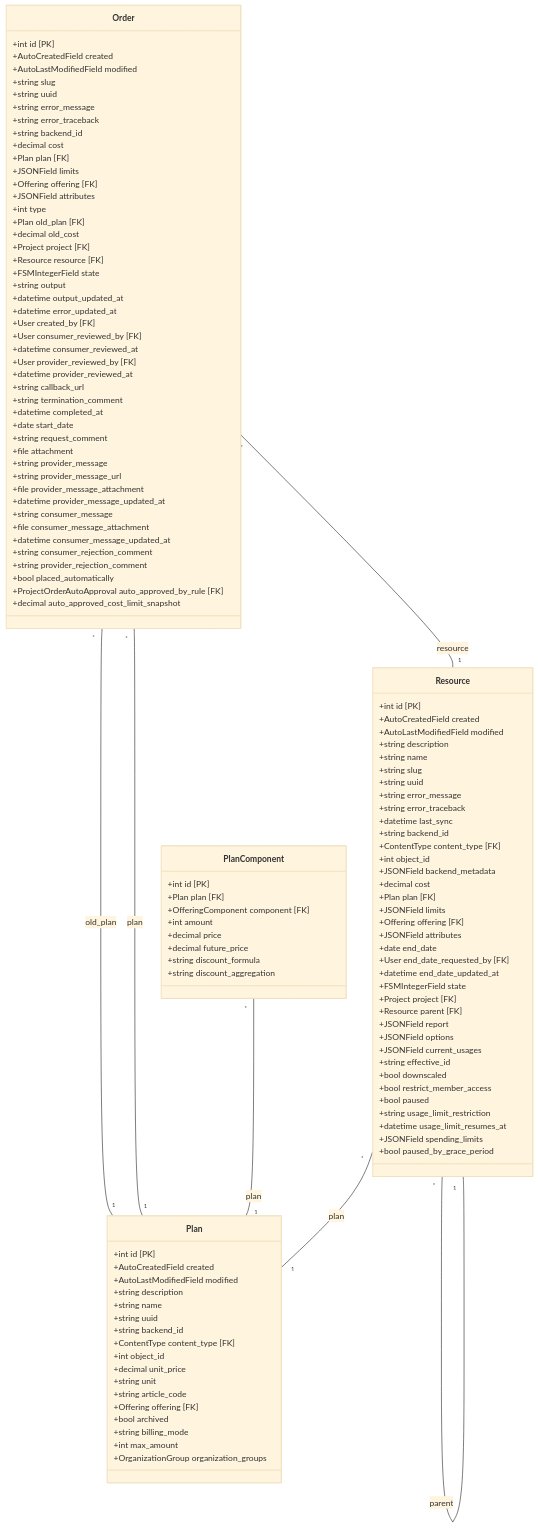
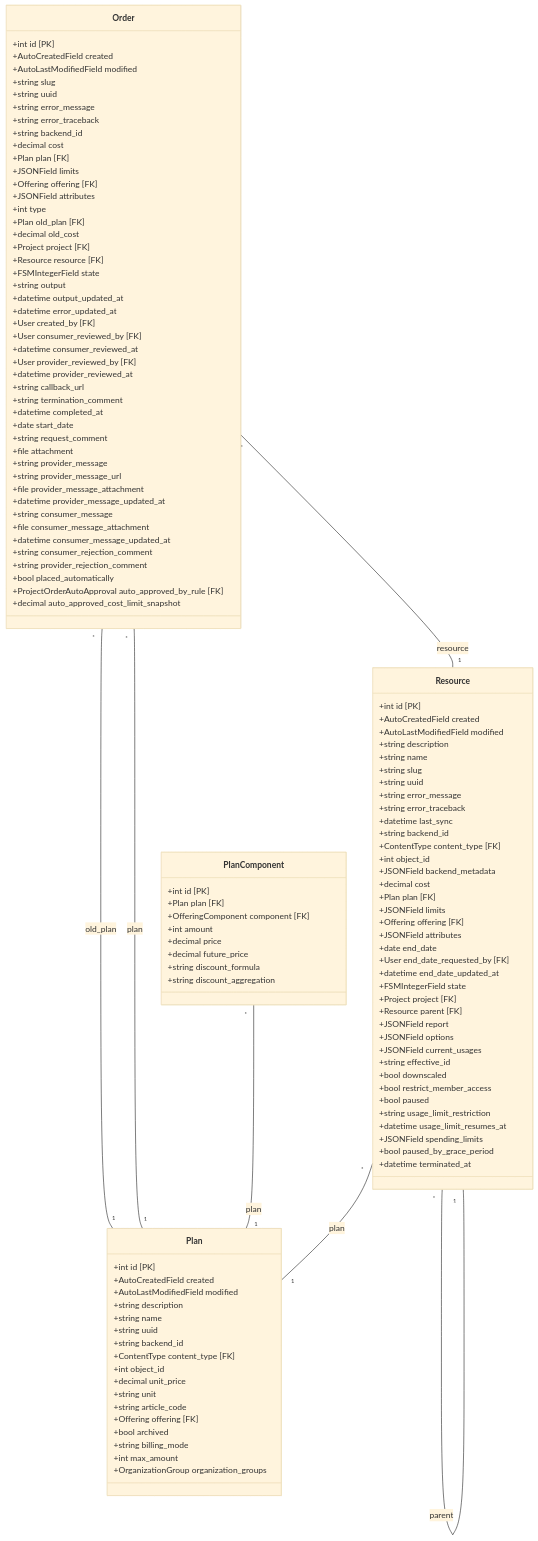
Before and after one commit to waldur/waldur-docs: the diagram in docs/developer-guide/marketplace_provision.mmd, drawn with Mermaid (base theme). The commit also changed 45 other files, not shown here.

```diff
--- a/docs/developer-guide/marketplace_provision.mmd
+++ b/docs/developer-guide/marketplace_provision.mmd
@@ -1,122 +1,123 @@
 classDiagram
     direction TB
     class Plan {
         +int id [PK]
         +AutoCreatedField created
         +AutoLastModifiedField modified
         +string description
         +string name
         +string uuid
         +string backend_id
         +ContentType content_type [FK]
         +int object_id
         +decimal unit_price
         +string unit
         +string article_code
         +Offering offering [FK]
         +bool archived
         +string billing_mode
         +int max_amount
         +OrganizationGroup organization_groups
     }
     class PlanComponent {
         +int id [PK]
         +Plan plan [FK]
         +OfferingComponent component [FK]
         +int amount
         +decimal price
         +decimal future_price
         +string discount_formula
         +string discount_aggregation
     }
     class Resource {
         +int id [PK]
         +AutoCreatedField created
         +AutoLastModifiedField modified
         +string description
         +string name
         +string slug
         +string uuid
         +string error_message
         +string error_traceback
         +datetime last_sync
         +string backend_id
         +ContentType content_type [FK]
         +int object_id
         +JSONField backend_metadata
         +decimal cost
         +Plan plan [FK]
         +JSONField limits
         +Offering offering [FK]
         +JSONField attributes
         +date end_date
         +User end_date_requested_by [FK]
         +datetime end_date_updated_at
         +FSMIntegerField state
         +Project project [FK]
         +Resource parent [FK]
         +JSONField report
         +JSONField options
         +JSONField current_usages
         +string effective_id
         +bool downscaled
         +bool restrict_member_access
         +bool paused
         +string usage_limit_restriction
         +datetime usage_limit_resumes_at
         +JSONField spending_limits
         +bool paused_by_grace_period
+        +datetime terminated_at
     }
     class Order {
         +int id [PK]
         +AutoCreatedField created
         +AutoLastModifiedField modified
         +string slug
         +string uuid
         +string error_message
         +string error_traceback
         +string backend_id
         +decimal cost
         +Plan plan [FK]
         +JSONField limits
         +Offering offering [FK]
         +JSONField attributes
         +int type
         +Plan old_plan [FK]
         +decimal old_cost
         +Project project [FK]
         +Resource resource [FK]
         +FSMIntegerField state
         +string output
         +datetime output_updated_at
         +datetime error_updated_at
         +User created_by [FK]
         +User consumer_reviewed_by [FK]
         +datetime consumer_reviewed_at
         +User provider_reviewed_by [FK]
         +datetime provider_reviewed_at
         +string callback_url
         +string termination_comment
         +datetime completed_at
         +date start_date
         +string request_comment
         +file attachment
         +string provider_message
         +string provider_message_url
         +file provider_message_attachment
         +datetime provider_message_updated_at
         +string consumer_message
         +file consumer_message_attachment
         +datetime consumer_message_updated_at
         +string consumer_rejection_comment
         +string provider_rejection_comment
         +bool placed_automatically
         +ProjectOrderAutoApproval auto_approved_by_rule [FK]
         +decimal auto_approved_cost_limit_snapshot
     }
     Order "*" -- "1" Plan : old_plan
     Order "*" -- "1" Plan : plan
     Order "*" -- "1" Resource : resource
     PlanComponent "*" -- "1" Plan : plan
     Resource "*" -- "1" Plan : plan
     Resource "*" -- "1" Resource : parent
```
